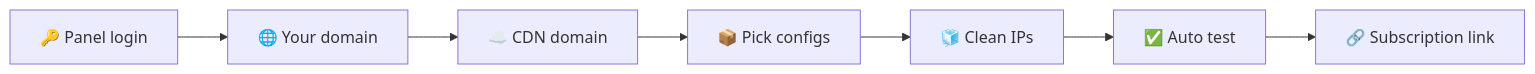
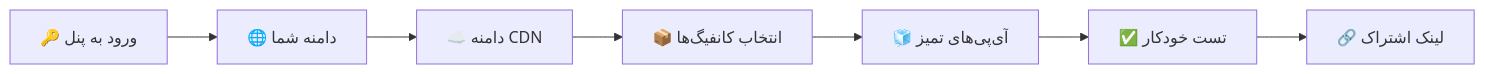
One commit to AyhanMansur/AyhanX-Direct changed the diagram in README.md. Above: the diagram before and after it, drawn with Mermaid. The commit also changed other lines of this file, not shown here.

````diff
--- a/README.md
+++ b/README.md
@@ -46,9 +44,9 @@
 ```mermaid
 flowchart LR
-    A[🔑 Panel login] --> B[🌐 Your domain]
-    B --> C[☁️ CDN domain]
-    C --> D[📦 Pick configs]
-    D --> E[🧊 Clean IPs]
-    E --> F[✅ Auto test]
-    F --> G[🔗 Subscription link]
+    A[🔑 ورود به پنل] --> B[🌐 دامنه شما]
+    B --> C[☁️ دامنه CDN]
+    C --> D[📦 انتخاب کانفیگ‌ها]
+    D --> E[🧊 آی‌پی‌های تمیز]
+    E --> F[✅ تست خودکار]
+    F --> G[🔗 لینک اشتراک]
 ```
````
